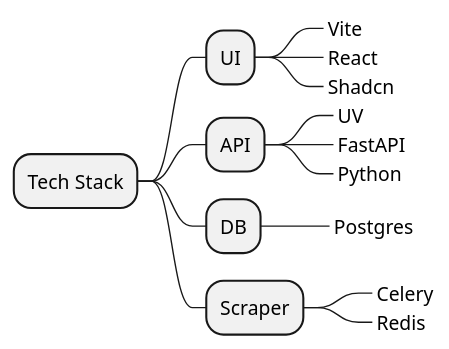
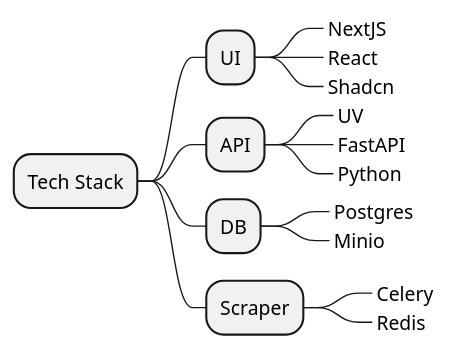
One commit to tejas0908/EasyScraper changed the diagram in docs/plantuml/src/tech-stack.plantuml. Above: the diagram before and after it, drawn with PlantUML. The commit also changed 27 other files, not shown here.

```diff
--- a/docs/plantuml/src/tech-stack.plantuml
+++ b/docs/plantuml/src/tech-stack.plantuml
@@ -1,16 +1,17 @@
 @startmindmap
 * Tech Stack
 ** UI
-***_ Vite
+***_ NextJS
 ***_ React
 ***_ Shadcn
 ** API
 ***_ UV
 ***_ FastAPI
 ***_ Python
 ** DB
 ***_ Postgres
+***_ Minio
 ** Scraper
 ***_ Celery
 ***_ Redis
 @endmindmap
```
